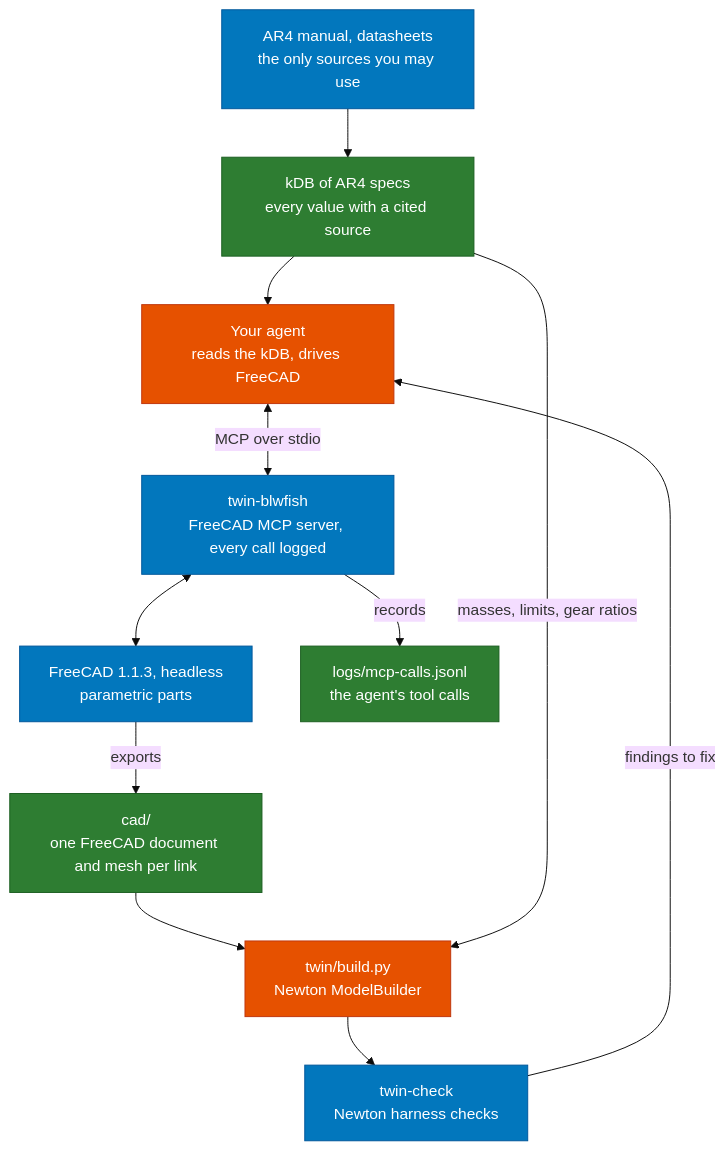
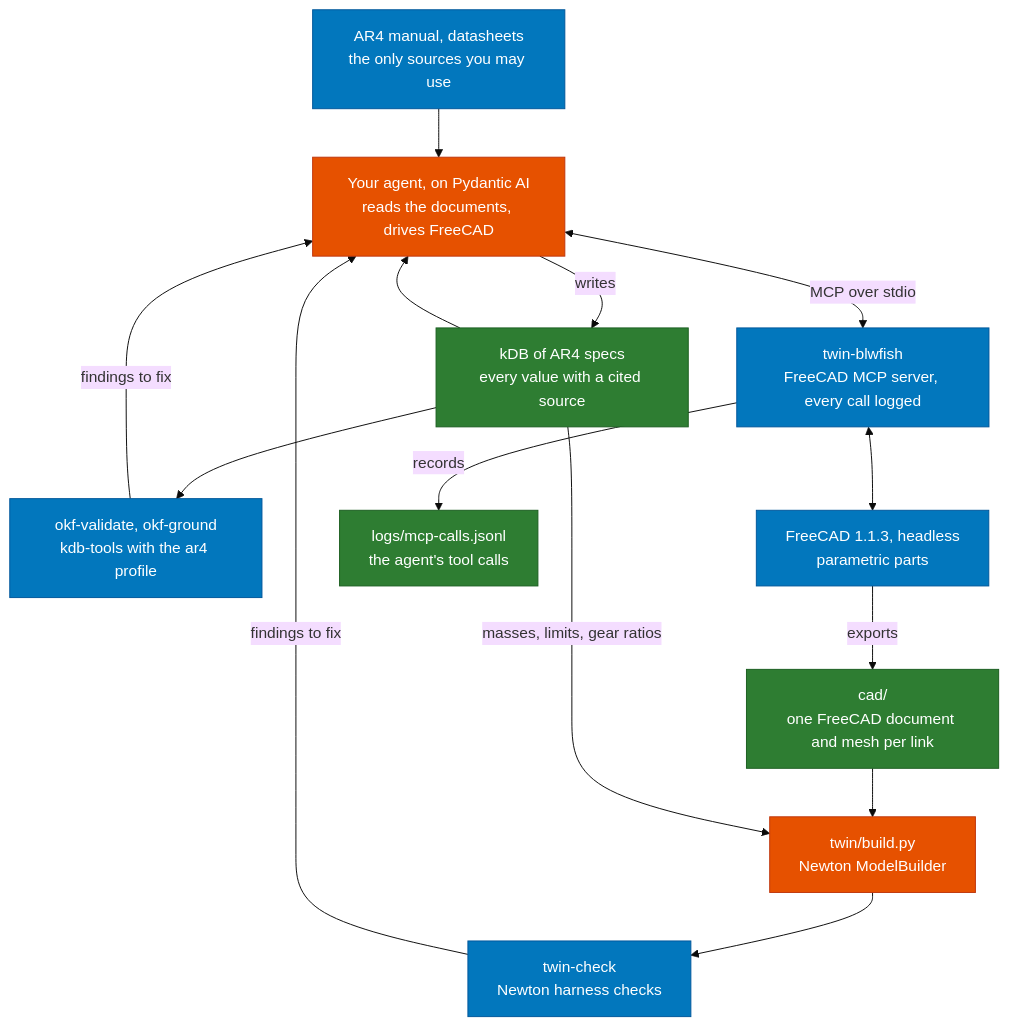
One commit to pantelis/ar4-digital-twin changed the diagram in README.md. Above: the diagram before and after it, drawn with Mermaid (base theme). The commit also changed other lines of this file and 18 other files, not shown here.

First line of the commit message:
Make the twin's numbers a kDB checked by kdb-tools

````diff
--- a/README.md
+++ b/README.md
@@ -17,29 +21,33 @@
 ```mermaid
 graph TB
     docs["AR4 manual, datasheets<br/>the only sources you may use"]
     kdb["kDB of AR4 specs<br/>every value with a cited source"]
-    agent["Your agent<br/>reads the kDB, drives FreeCAD"]
+    agent["Your agent, on Pydantic AI<br/>reads the documents, drives FreeCAD"]
+    kcheck["okf-validate, okf-ground<br/>kdb-tools with the ar4 profile"]
     mcp["twin-blwfish<br/>FreeCAD MCP server, every call logged"]
     freecad["FreeCAD 1.1.3, headless<br/>parametric parts"]
     cad["cad/<br/>one FreeCAD document and mesh per link"]
     build["twin/build.py<br/>Newton ModelBuilder"]
     calllog["logs/mcp-calls.jsonl<br/>the agent's tool calls"]
     check["twin-check<br/>Newton harness checks"]
 
-    docs --> kdb --> agent
+    docs --> agent -->|"writes"| kdb
+    kdb --> agent
+    kdb --> kcheck
+    kcheck -->|"findings to fix"| agent
     agent <-->|"MCP over stdio"| mcp
     mcp <--> freecad
     mcp -->|"records"| calllog
     freecad -->|"exports"| cad
     cad --> build
     kdb -->|"masses, limits, gear ratios"| build
     build --> check
     check -->|"findings to fix"| agent
 
     classDef yours fill:#e65100,stroke:#bf360c,color:#fff
     classDef given fill:#0277bd,stroke:#01579b,color:#fff
     classDef data fill:#2e7d32,stroke:#1b5e20,color:#fff
     class agent,build yours
-    class docs,mcp,freecad,check given
+    class docs,mcp,freecad,check,kcheck given
     class kdb,cad,calllog data
 ```
````
